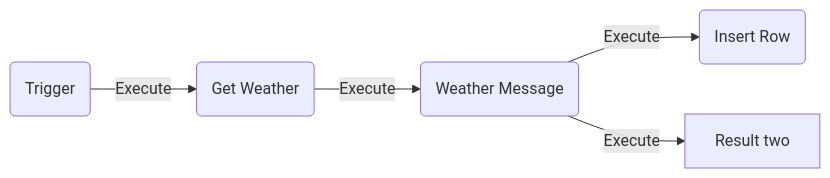
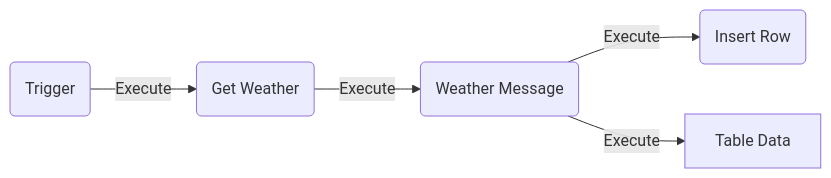
One commit to isufyann/n8n changed the diagram in WorkFlow_02/README.md. Above: the diagram before and after it, drawn with Mermaid.

Commit message:
Update README to change 'Result two' to 'Table Data'

````diff
--- a/WorkFlow_02/README.md
+++ b/WorkFlow_02/README.md
@@ -3,7 +3,7 @@
 ```mermaid
 graph LR
 A(Trigger) -->|Execute| B(Get Weather)
     B -->|Execute| C(Weather Message)
     C -->|Execute| D(Insert Row)
-    C -->|Execute| E[Result two]
+    C -->|Execute| E[Table Data]
 ```
````
